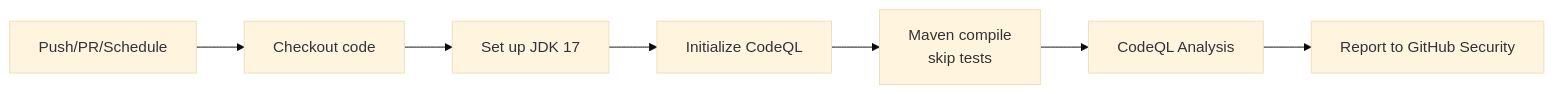
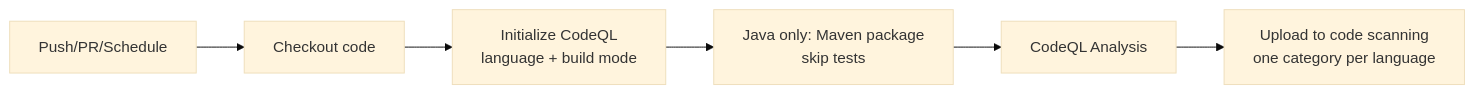
Diagram 11 of 13 in docs/infrastructure/ci-cd.md (mock-server/mockserver), drawn with Mermaid (base theme) before and after one commit. The commit also changed other lines of this file and 8 other files, not shown here.

First line of the commit message:
ci(security): add zizmor and extend CodeQL, both reporting to code scanning

````diff
--- a/docs/infrastructure/ci-cd.md
+++ b/docs/infrastructure/ci-cd.md
@@ -1012,10 +1017,11 @@
 ```mermaid
 flowchart LR
     TRIGGER[Push/PR/Schedule] --> CHECKOUT[Checkout code]
-    CHECKOUT --> SETUP_JDK[Set up JDK 17]
-    SETUP_JDK --> INIT[Initialize CodeQL]
-    INIT --> BUILD[Maven compile
-skip tests]
+    CHECKOUT --> INIT["Initialize CodeQL
+language + build mode"]
+    INIT --> BUILD["Java only: Maven package
+skip tests"]
     BUILD --> ANALYZE[CodeQL Analysis]
-    ANALYZE --> REPORT[Report to GitHub Security]
+    ANALYZE --> REPORT["Upload to code scanning
+one category per language"]
 ```
````
